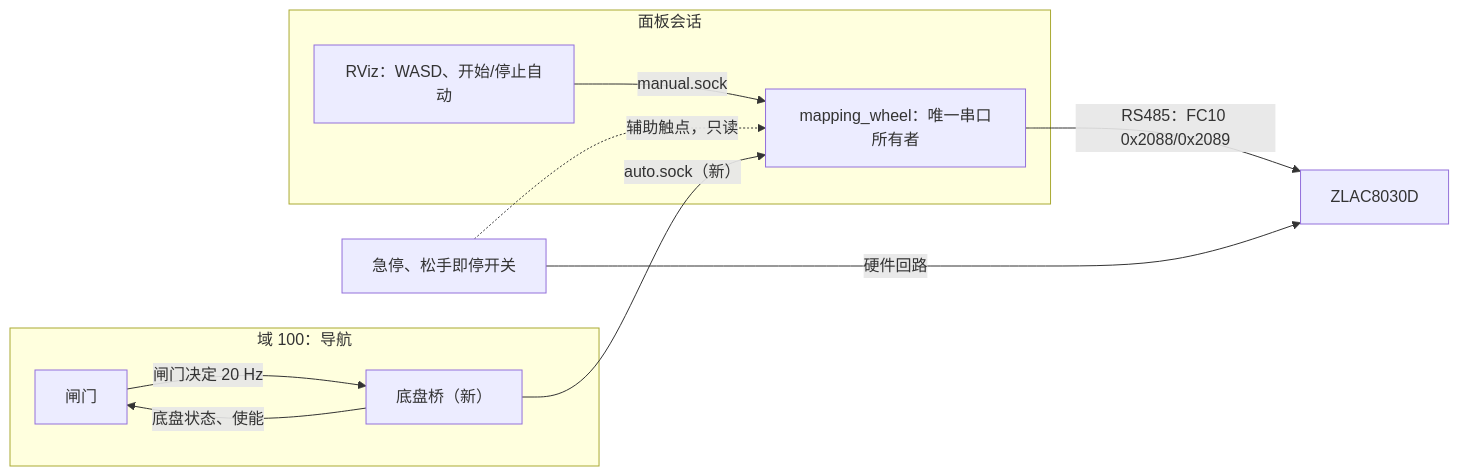
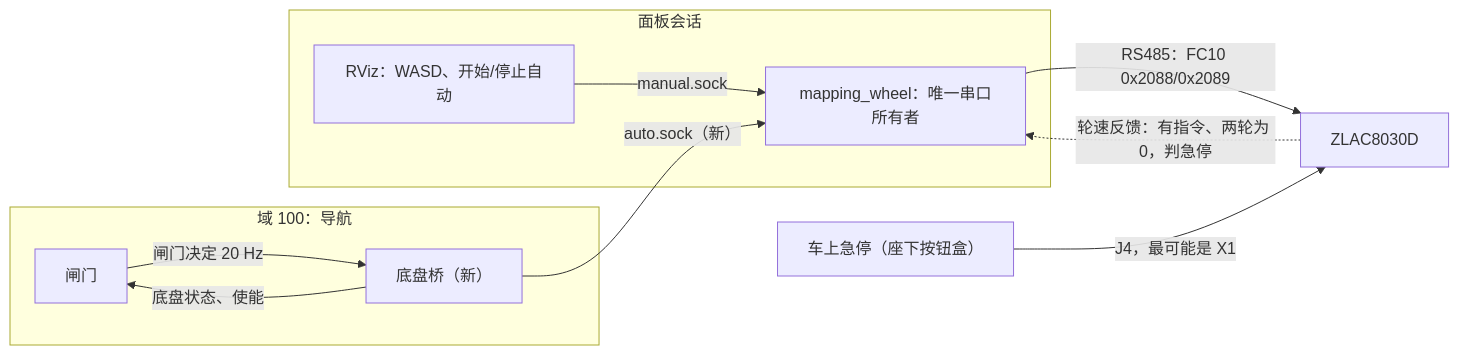
The diagram in docs/architecture/velocity_channel.md (owenkings/smartwheel), drawn with Mermaid before and after one commit. The commit also changed other lines of this file and 11 other files, not shown here.

````diff
--- a/docs/architecture/velocity_channel.md
+++ b/docs/architecture/velocity_channel.md
@@ -28,14 +28,14 @@
 ```mermaid
 flowchart LR
     subgraph NAV["域 100：导航"]
         G["闸门"] -->|"闸门决定 20 Hz"| BR["底盘桥（新）"]
         BR -->|"底盘状态、使能"| G
     end
     subgraph PANEL["面板会话"]
         UI["RViz：WASD、开始/停止自动"] -->|"manual.sock"| W["mapping_wheel：唯一串口所有者"]
         BR -->|"auto.sock（新）"| W
     end
     W -->|"RS485：FC10 0x2088/0x2089"| Z["ZLAC8030D"]
-    K["急停、松手即停开关"] -->|"硬件回路"| Z
-    K -.->|"辅助触点，只读"| W
+    K["车上急停（座下按钮盒）"] -->|"J4，最可能是 X1"| Z
+    Z -.->|"轮速反馈：有指令、两轮为 0，判急停"| W
 ```
````
